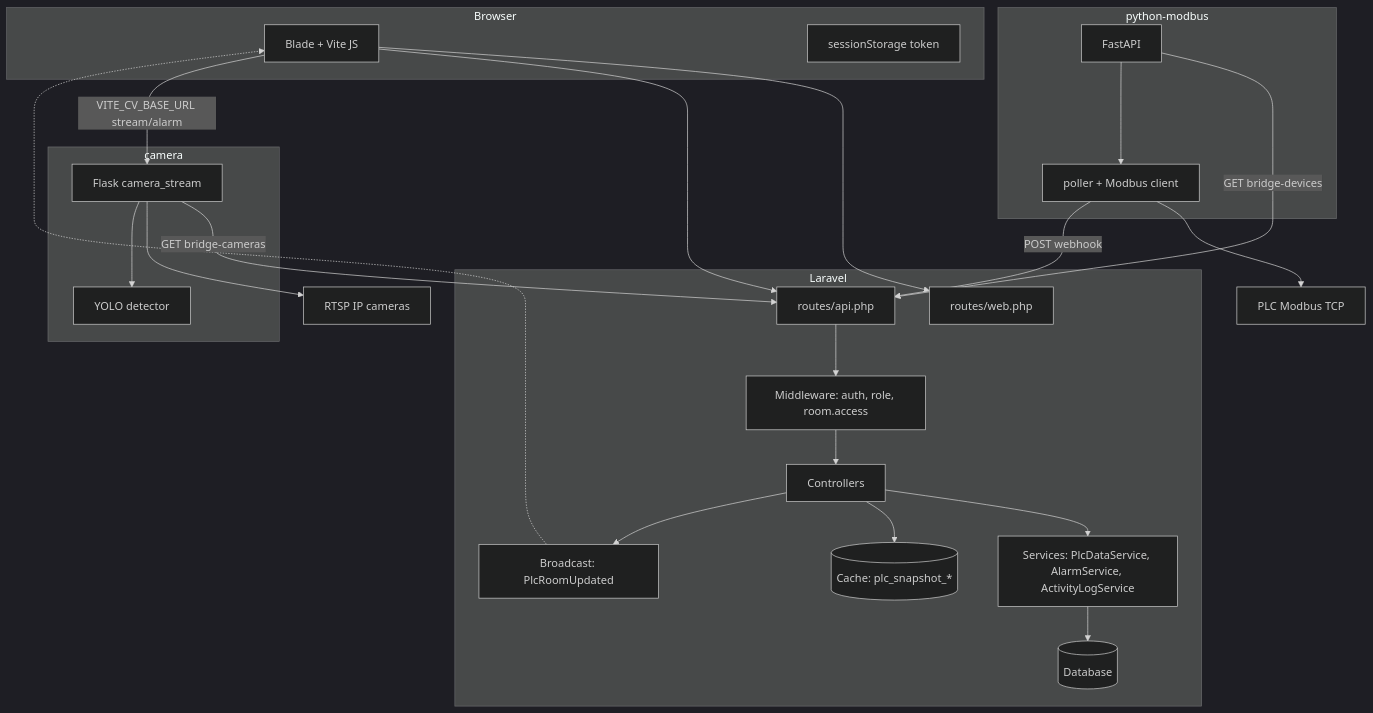
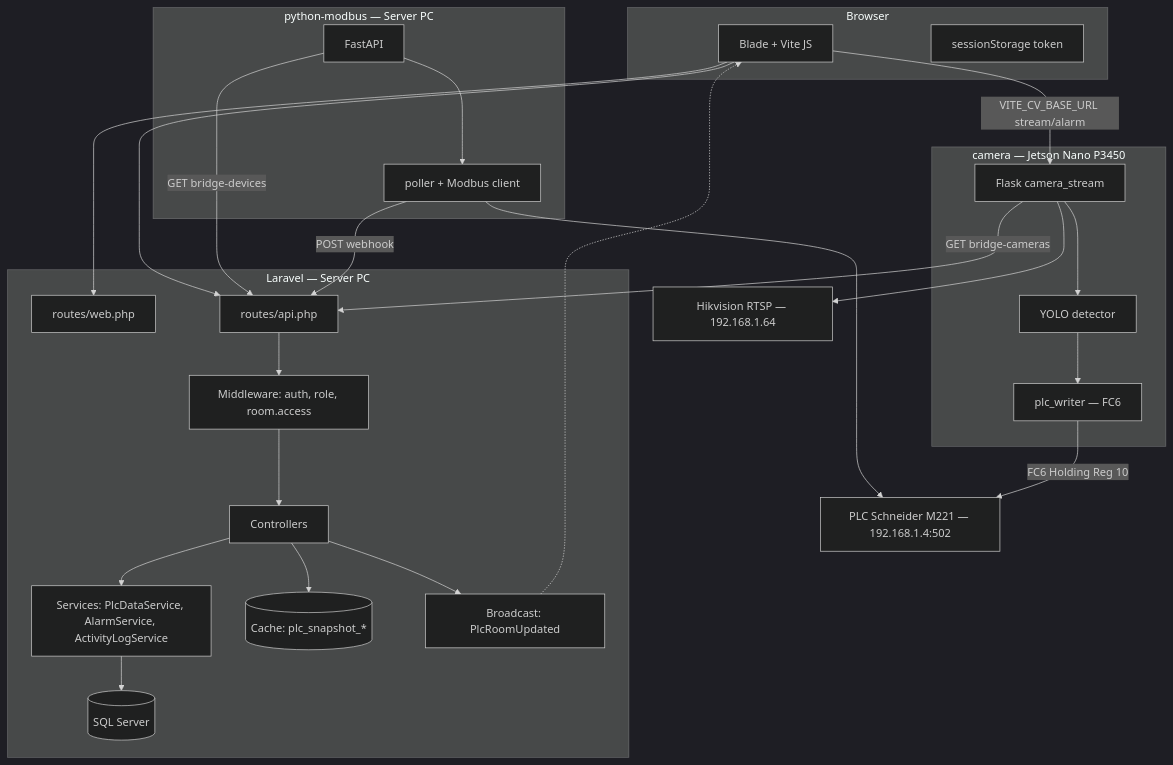
One commit to Maksum885/dashboard_spm changed the first of 4 diagrams in docs/SISTEM_CARA_KERJA_DAN_INDEKS_FILE.md. Above: the diagram before and after it, drawn with Mermaid (dark theme). The commit also changed other lines of this file and 46 other files, not shown here.

Commit message:
update camera PLC and dashboard

````diff
--- a/docs/SISTEM_CARA_KERJA_DAN_INDEKS_FILE.md
+++ b/docs/SISTEM_CARA_KERJA_DAN_INDEKS_FILE.md
@@ -11,42 +11,45 @@
 ```mermaid
 flowchart TB
   subgraph browser [Browser]
     Blade[Blade + Vite JS]
     SS[sessionStorage token]
   end
-  subgraph laravel [Laravel]
+  subgraph laravel [Laravel — Server PC]
     WebR[routes/web.php]
     ApiR[routes/api.php]
     MW[Middleware: auth, role, room.access]
     Ctrl[Controllers]
     Svc[Services: PlcDataService, AlarmService, ActivityLogService]
-    DB[(Database)]
+    DB[(SQL Server)]
     Cache[(Cache: plc_snapshot_*)]
     BC[Broadcast: PlcRoomUpdated]
   end
-  subgraph bridge [python-modbus]
+  subgraph bridge [python-modbus — Server PC]
     FA[FastAPI]
     POL[poller + Modbus client]
   end
-  subgraph cv [camera]
+  subgraph jetson [camera — Jetson Nano P3450]
     FL[Flask camera_stream]
     YOLO[YOLO detector]
+    PLCw[plc_writer — FC6]
   end
-  PLC[PLC Modbus TCP]
-  RTSP[RTSP IP cameras]
+  PLC[PLC Schneider M221 — 192.168.1.4:502]
+  RTSP[Hikvision RTSP — 192.168.1.64]
 
   Blade --> WebR
   Blade --> ApiR
   ApiR --> MW --> Ctrl --> Svc --> DB
   Ctrl --> Cache
   Ctrl --> BC
   BC -.-> Blade
   FA -->|GET bridge-devices| ApiR
   POL --> PLC
   POL -->|POST webhook| ApiR
   FA --> POL
   FL -->|GET bridge-cameras| ApiR
   FL --> RTSP
   FL --> YOLO
+  YOLO --> PLCw
+  PLCw -->|FC6 Holding Reg 10| PLC
   Blade -->|VITE_CV_BASE_URL stream/alarm| FL
 ```
````
